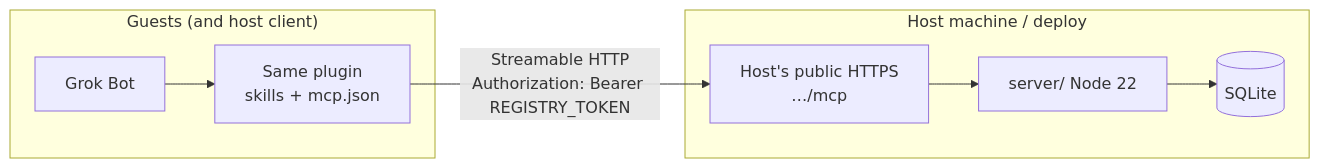
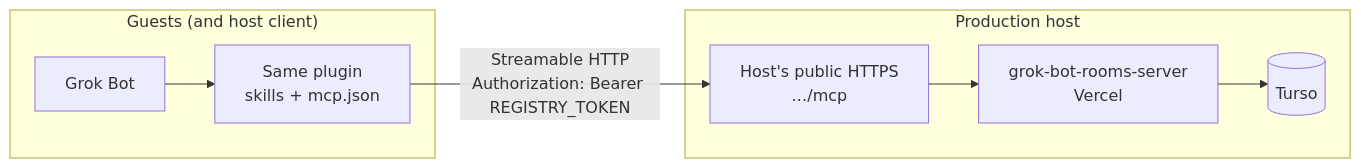
Before and after one commit to mrlynn/grok-bot-plugin-example: the diagram in docs/HOST-AND-INVITE.md, drawn with Mermaid. The commit also changed other lines of this file and 3 other files, not shown here.

First line of the commit message:
Document production registry split to grok-bot-rooms-server

````diff
--- a/docs/HOST-AND-INVITE.md
+++ b/docs/HOST-AND-INVITE.md
@@ -20,15 +23,15 @@
 ```mermaid
 flowchart LR
   subgraph guests["Guests (and host client)"]
     GB["Grok Bot"]
     Plugin["Same plugin<br/>skills + mcp.json"]
     GB --> Plugin
   end
 
   Plugin -->|"Streamable HTTP<br/>Authorization: Bearer REGISTRY_TOKEN"| MCP["Host's public HTTPS<br/>…/mcp"]
 
-  subgraph hostProcess["Host machine / deploy"]
-    MCP --> Server["server/ Node 22"]
-    Server --> DB[(SQLite)]
+  subgraph hostProcess["Production host"]
+    MCP --> Server["grok-bot-rooms-server<br/>Vercel"]
+    Server --> DB[(Turso)]
   end
 ```
````
